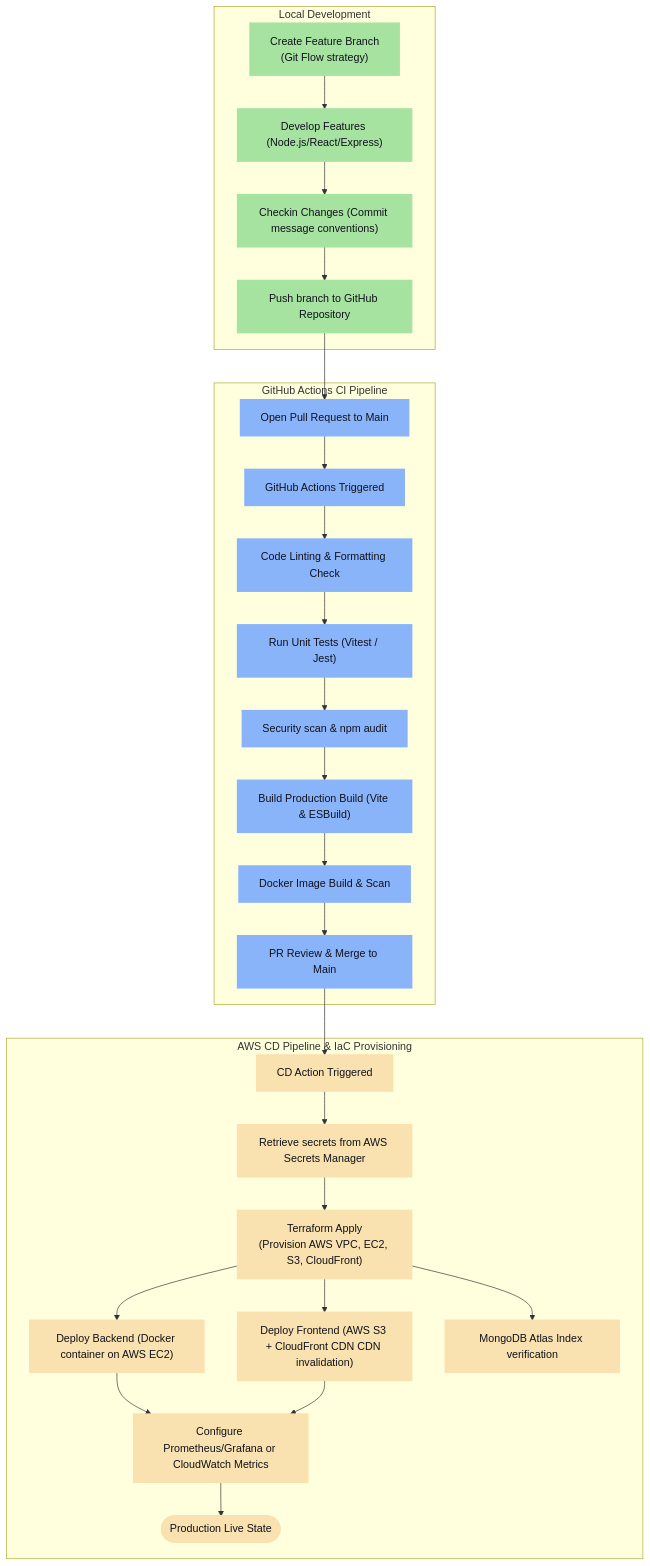
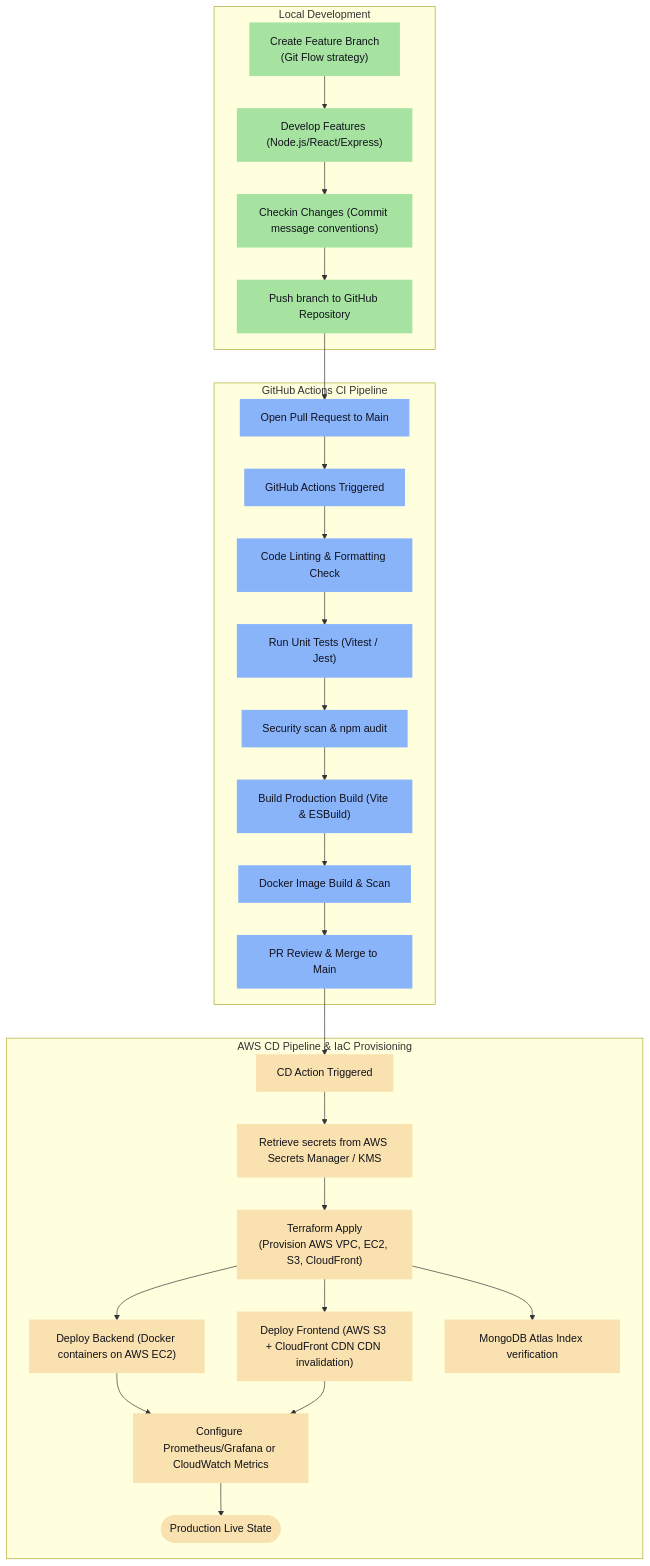
The fourth of 5 diagrams in README.md (Dhayananth1511/CapStoneProject_Presidio_InternShip), drawn with Mermaid before and after one commit. The commit also changed other lines of this file, not shown here.

Commit message:
Flow chart updated

````diff
--- a/README.md
+++ b/README.md
@@ -173,53 +215,53 @@
 ```mermaid
 graph TD
     classDef default fill:#1e1e2e,stroke:#cdd6f4,stroke-width:2px,color:#cdd6f4;
     classDef local fill:#a6e3a1,stroke:#a6e3a1,stroke-width:2px,color:#11111b;
     classDef ci fill:#89b4fa,stroke:#89b4fa,stroke-width:2px,color:#11111b;
     classDef cd fill:#f9e2af,stroke:#f9e2af,stroke-width:2px,color:#11111b;
     
     subgraph Local ["Local Development"]
         Branch["Create Feature Branch<br/>(Git Flow strategy)"]:::local
         Dev["Develop Features (Node.js/React/Express)"]:::local
         Commit["Checkin Changes (Commit message conventions)"]:::local
         Push["Push branch to GitHub Repository"]:::local
         
         Branch --> Dev --> Commit --> Push
     end
     
     subgraph CI ["GitHub Actions CI Pipeline"]
         PR["Open Pull Request to Main"]:::ci
         GA["GitHub Actions Triggered"]:::ci
         LintFormatter["Code Linting & Formatting Check"]:::ci
         Tests["Run Unit Tests (Vitest / Jest)"]:::ci
         SecurityScan["Security scan & npm audit"]:::ci
         Build["Build Production Build (Vite & ESBuild)"]:::ci
         Docker["Docker Image Build & Scan"]:::ci
         Merge["PR Review & Merge to Main"]:::ci
         
         PR --> GA --> LintFormatter --> Tests --> SecurityScan --> Build --> Docker --> Merge
     end
     
     subgraph CD ["AWS CD Pipeline & IaC Provisioning"]
         TriggerCD["CD Action Triggered"]:::cd
-        SecretsRetrieve["Retrieve secrets from AWS Secrets Manager"]:::cd
+        SecretsRetrieve["Retrieve secrets from AWS Secrets Manager / KMS"]:::cd
         Terraform["Terraform Apply<br/>(Provision AWS VPC, EC2, S3, CloudFront)"]:::cd
         
-        DepBack["Deploy Backend (Docker container on AWS EC2)"]:::cd
+        DepBack["Deploy Backend (Docker containers on AWS EC2)"]:::cd
         DepFront["Deploy Frontend (AWS S3 + CloudFront CDN CDN invalidation)"]:::cd
         DB["MongoDB Atlas Index verification"]:::cd
         CloudWatch["Configure Prometheus/Grafana or CloudWatch Metrics"]:::cd
         Prod(["Production Live State"]):::cd
         
         TriggerCD --> SecretsRetrieve --> Terraform
         Terraform --> DepBack
         Terraform --> DepFront
         Terraform --> DB
         
         DepBack --> CloudWatch
         DepFront --> CloudWatch
         CloudWatch --> Prod
     end
 
     Push --> PR
     Merge --> TriggerCD
 ```
````
